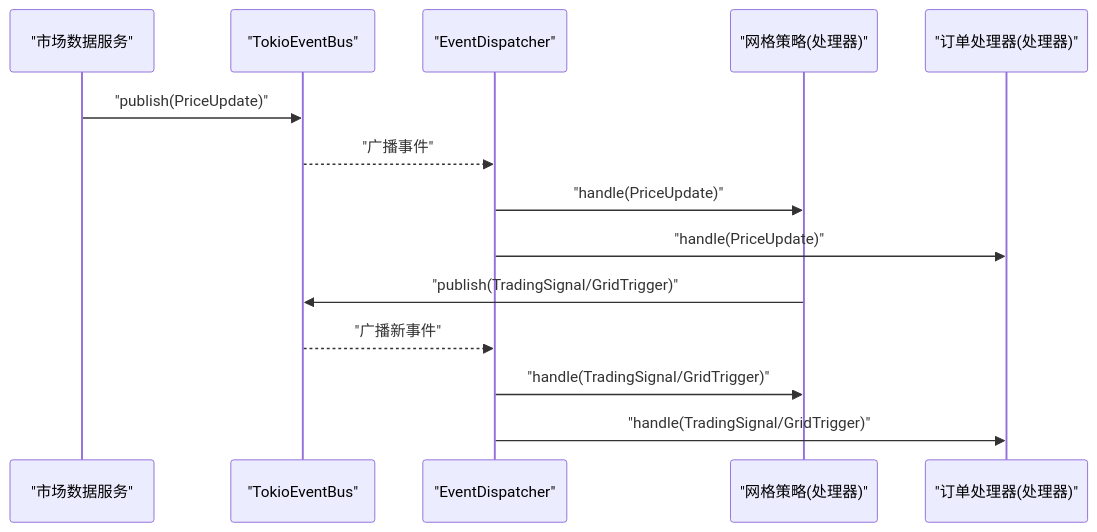
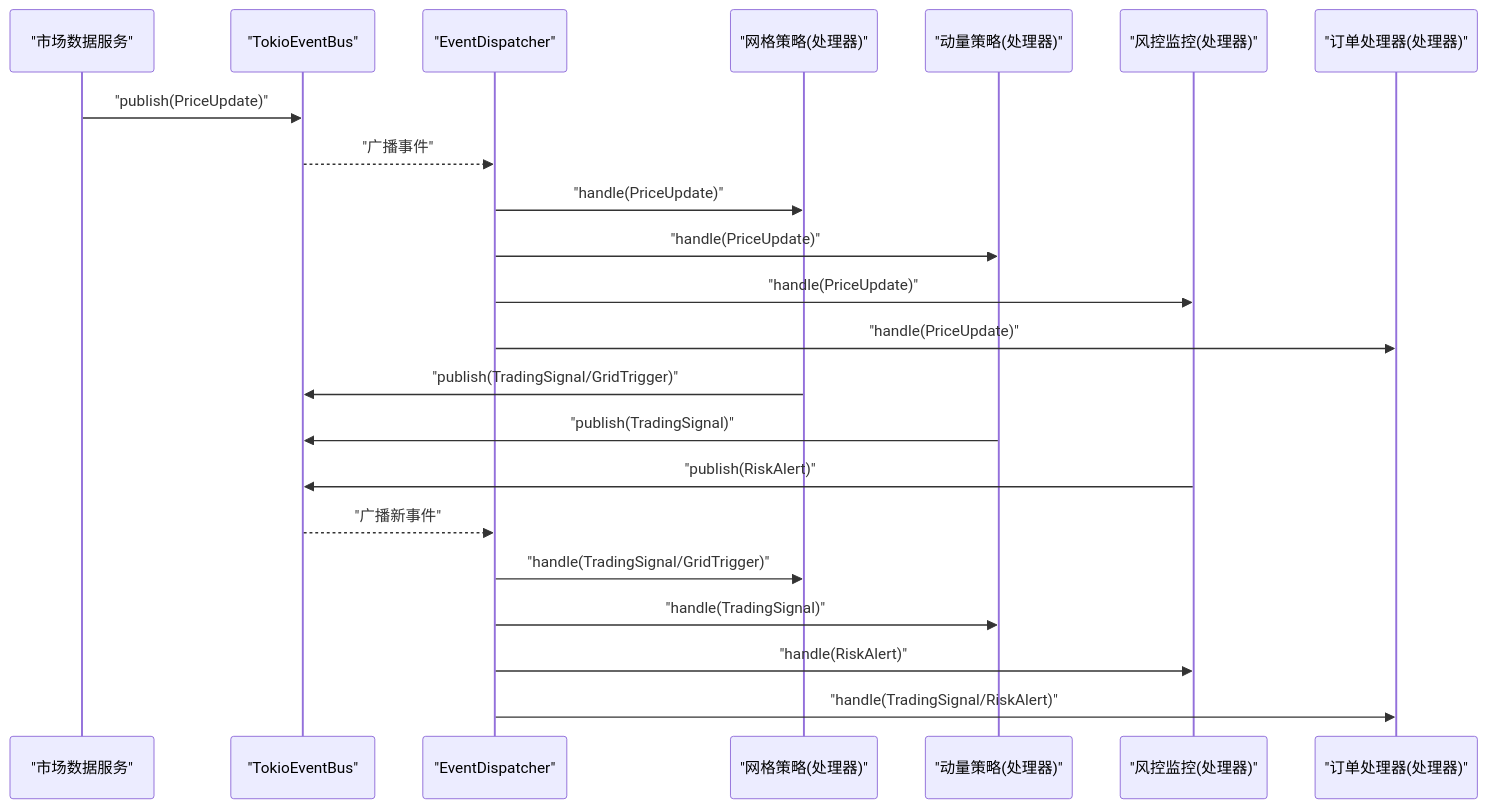
The second of 12 diagrams in .qoder/repowiki/zh/content/架构设计/事件驱动架构.md (Heres1/binanceWebsocket), drawn with Mermaid before and after one commit. The commit also changed other lines of this file and 14 other files, not shown here.

````diff
--- a/.qoder/repowiki/zh/content/架构设计/事件驱动架构.md
+++ b/.qoder/repowiki/zh/content/架构设计/事件驱动架构.md
@@ -122,16 +171,24 @@
 ```mermaid
 sequenceDiagram
 participant Producer as "市场数据服务"
 participant Bus as "TokioEventBus"
 participant Disp as "EventDispatcher"
 participant GS as "网格策略(处理器)"
+participant MS as "动量策略(处理器)"
+participant RMS as "风控监控(处理器)"
 participant OH as "订单处理器(处理器)"
 Producer->>Bus : "publish(PriceUpdate)"
 Bus-->>Disp : "广播事件"
 Disp->>GS : "handle(PriceUpdate)"
+Disp->>MS : "handle(PriceUpdate)"
+Disp->>RMS : "handle(PriceUpdate)"
 Disp->>OH : "handle(PriceUpdate)"
 GS->>Bus : "publish(TradingSignal/GridTrigger)"
+MS->>Bus : "publish(TradingSignal)"
+RMS->>Bus : "publish(RiskAlert)"
 Bus-->>Disp : "广播新事件"
 Disp->>GS : "handle(TradingSignal/GridTrigger)"
-Disp->>OH : "handle(TradingSignal/GridTrigger)"
+Disp->>MS : "handle(TradingSignal)"
+Disp->>RMS : "handle(RiskAlert)"
+Disp->>OH : "handle(TradingSignal/RiskAlert)"
 ```
````
